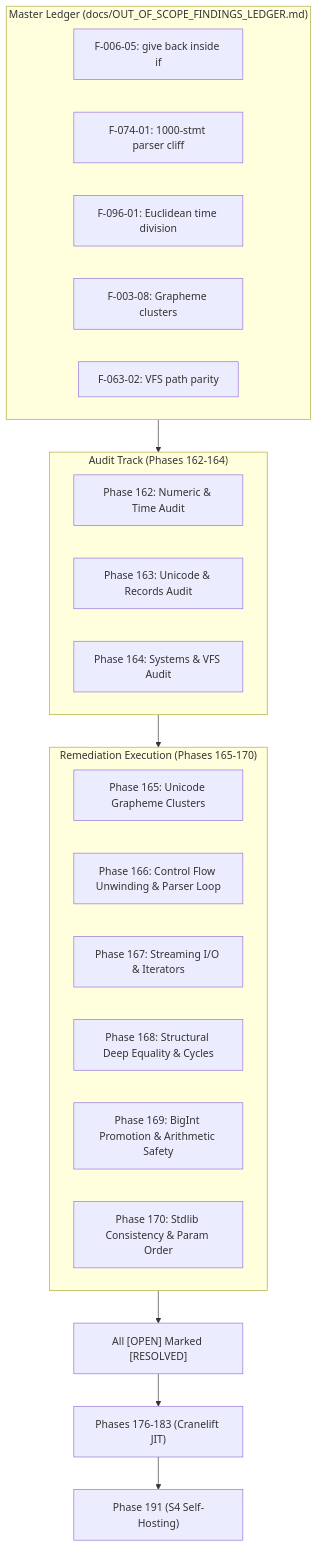
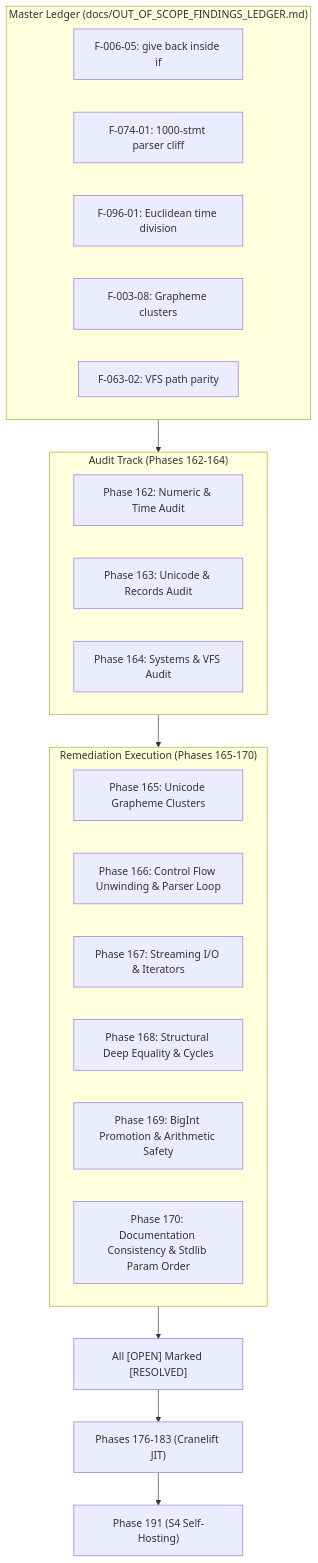
Before and after one commit to authorss81/redblue: the diagram in docs/OUT_OF_SCOPE_FINDINGS_LEDGER.md, drawn with Mermaid. The commit also changed other lines of this file and 5 other files, not shown here.

````diff
--- a/docs/OUT_OF_SCOPE_FINDINGS_LEDGER.md
+++ b/docs/OUT_OF_SCOPE_FINDINGS_LEDGER.md
@@ -95,31 +101,31 @@
 ```mermaid
 flowchart TD
     subgraph MasterLedger["Master Ledger (docs/OUT_OF_SCOPE_FINDINGS_LEDGER.md)"]
         F1["F-006-05: give back inside if"]
         F2["F-074-01: 1000-stmt parser cliff"]
         F3["F-096-01: Euclidean time division"]
         F4["F-003-08: Grapheme clusters"]
         F5["F-063-02: VFS path parity"]
     end
 
     subgraph AuditTracks["Audit Track (Phases 162-164)"]
         P162["Phase 162: Numeric & Time Audit"]
         P163["Phase 163: Unicode & Records Audit"]
         P164["Phase 164: Systems & VFS Audit"]
     end
 
     subgraph RemediationPasses["Remediation Execution (Phases 165-170)"]
         P165["Phase 165: Unicode Grapheme Clusters"]
         P166["Phase 166: Control Flow Unwinding & Parser Loop"]
         P167["Phase 167: Streaming I/O & Iterators"]
         P168["Phase 168: Structural Deep Equality & Cycles"]
         P169["Phase 169: BigInt Promotion & Arithmetic Safety"]
-        P170["Phase 170: Stdlib Consistency & Param Order"]
+        P170["Phase 170: Documentation Consistency & Stdlib Param Order"]
     end
 
     MasterLedger --> AuditTracks
     AuditTracks --> RemediationPasses
     RemediationPasses --> Gates["All [OPEN] Marked [RESOLVED]"]
     Gates --> JIT["Phases 176-183 (Cranelift JIT)"]
     JIT --> S4["Phase 191 (S4 Self-Hosting)"]
 ```
````
